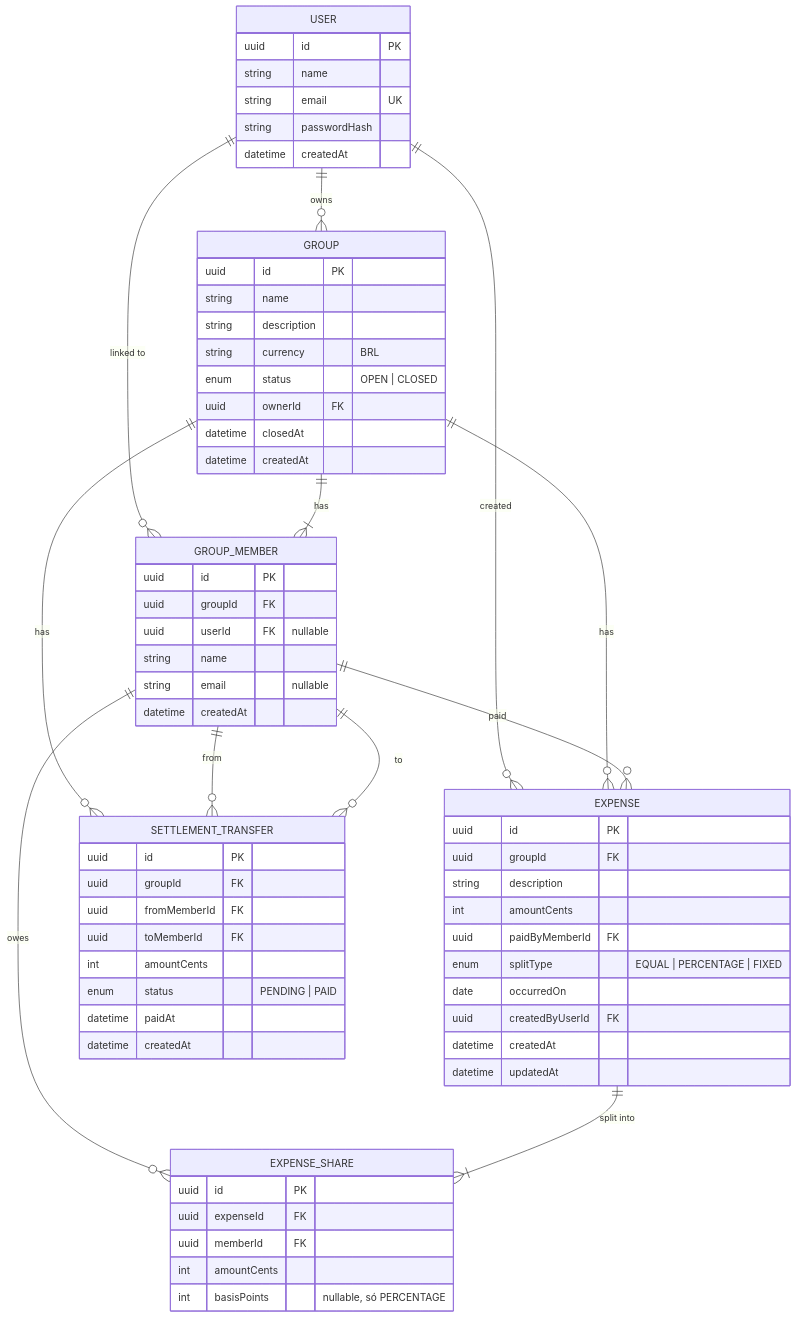
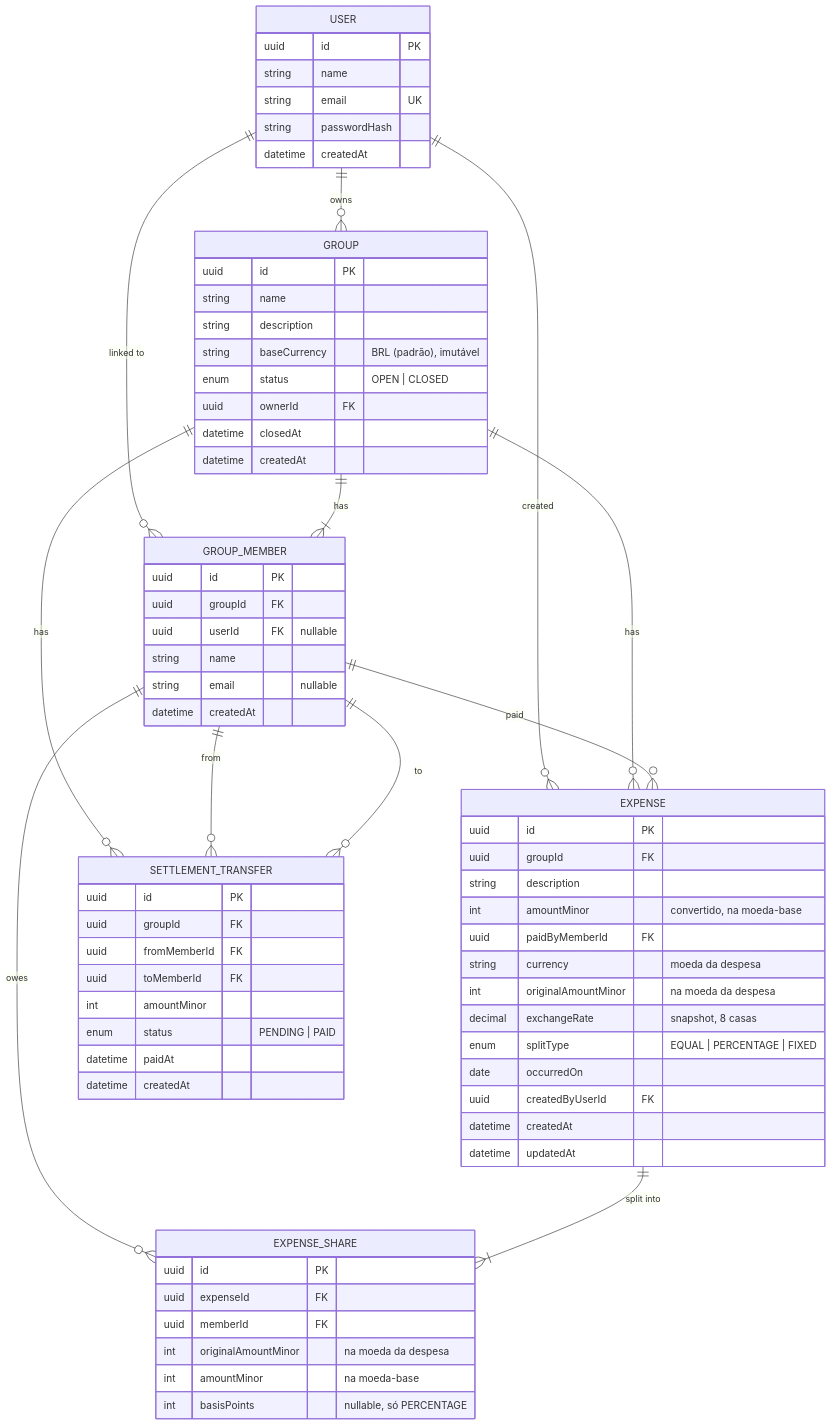
One commit to iguinn13/split-and-go-case changed the diagram in docs/architecture/data-model.md. Above: the diagram before and after it, drawn with Mermaid. The commit also changed other lines of this file and 6 other files, not shown here.

Commit message:
docs(architecture): add currency conversion model, api and ADR 0006

````diff
--- a/docs/architecture/data-model.md
+++ b/docs/architecture/data-model.md
@@ -7,69 +7,73 @@
 ```mermaid
 erDiagram
     USER ||--o{ GROUP : "owns"
     USER ||--o{ GROUP_MEMBER : "linked to"
     USER ||--o{ EXPENSE : "created"
     GROUP ||--|{ GROUP_MEMBER : "has"
     GROUP ||--o{ EXPENSE : "has"
     GROUP ||--o{ SETTLEMENT_TRANSFER : "has"
     GROUP_MEMBER ||--o{ EXPENSE : "paid"
     GROUP_MEMBER ||--o{ EXPENSE_SHARE : "owes"
     EXPENSE ||--|{ EXPENSE_SHARE : "split into"
     GROUP_MEMBER ||--o{ SETTLEMENT_TRANSFER : "from"
     GROUP_MEMBER ||--o{ SETTLEMENT_TRANSFER : "to"
 
     USER {
         uuid id PK
         string name
         string email UK
         string passwordHash
         datetime createdAt
     }
     GROUP {
         uuid id PK
         string name
         string description
-        string currency "BRL"
+        string baseCurrency "BRL (padrão), imutável"
         enum status "OPEN | CLOSED"
         uuid ownerId FK
         datetime closedAt
         datetime createdAt
     }
     GROUP_MEMBER {
         uuid id PK
         uuid groupId FK
         uuid userId FK "nullable"
         string name
         string email "nullable"
         datetime createdAt
     }
     EXPENSE {
         uuid id PK
         uuid groupId FK
         string description
-        int amountCents
+        int amountMinor "convertido, na moeda-base"
         uuid paidByMemberId FK
+        string currency "moeda da despesa"
+        int originalAmountMinor "na moeda da despesa"
+        decimal exchangeRate "snapshot, 8 casas"
         enum splitType "EQUAL | PERCENTAGE | FIXED"
         date occurredOn
         uuid createdByUserId FK
         datetime createdAt
         datetime updatedAt
     }
     EXPENSE_SHARE {
         uuid id PK
         uuid expenseId FK
         uuid memberId FK
-        int amountCents
+        int originalAmountMinor "na moeda da despesa"
+        int amountMinor "na moeda-base"
         int basisPoints "nullable, só PERCENTAGE"
     }
     SETTLEMENT_TRANSFER {
         uuid id PK
         uuid groupId FK
         uuid fromMemberId FK
         uuid toMemberId FK
-        int amountCents
+        int amountMinor
         enum status "PENDING | PAID"
         datetime paidAt
         datetime createdAt
     }
 ```
````
